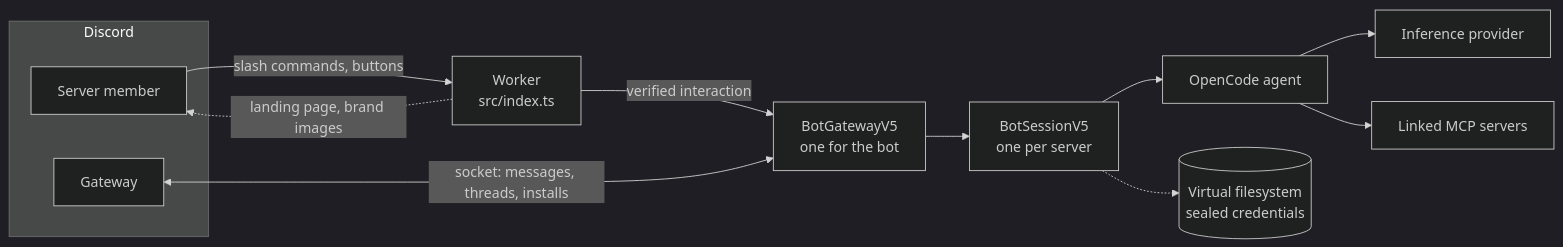
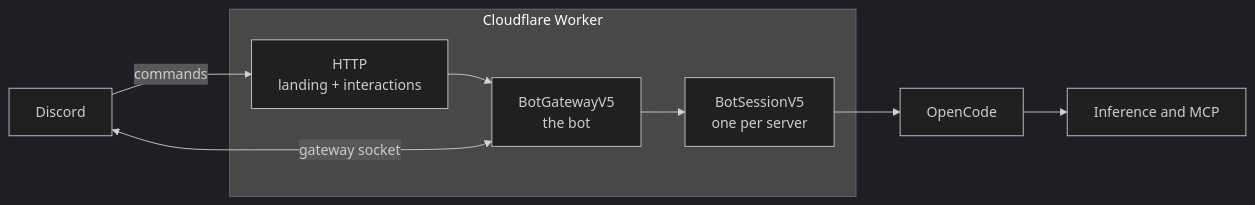
Before and after one commit to oscartbeaumont/eryn: the diagram in README.md, drawn with Mermaid (dark theme). The commit also changed other lines of this file, not shown here.

Commit message:
Simplify the architecture diagram

````diff
--- a/README.md
+++ b/README.md
@@ -15,24 +11,20 @@
 ```mermaid
 flowchart LR
-    subgraph Discord
-        member[Server member]
-        gateway[Gateway]
+    discord[Discord]
+
+    subgraph worker[Cloudflare Worker]
+        routes[HTTP<br/>landing + interactions]
+        bot[BotGatewayV5<br/>the bot]
+        session["BotSessionV5<br/>one per server"]
     end
 
-    worker["Worker<br/>src/index.ts"]
-    bot["BotGatewayV5<br/>one for the bot"]
-    session["BotSessionV5<br/>one per server"]
-    agent[OpenCode agent]
-    provider[Inference provider]
-    mcp[Linked MCP servers]
+    agent[OpenCode]
+    services[Inference and MCP]
 
-    member -->|slash commands, buttons| worker
-    worker -->|verified interaction| bot
-    gateway <-->|socket: messages, threads, installs| bot
+    discord -->|commands| routes
+    routes --> bot
+    discord <-->|gateway socket| bot
     bot --> session
     session --> agent
-    agent --> provider
-    agent --> mcp
-    session -.-> store[(Virtual filesystem<br/>sealed credentials)]
-    worker -.->|landing page, brand images| member
+    agent --> services
 ```
````
